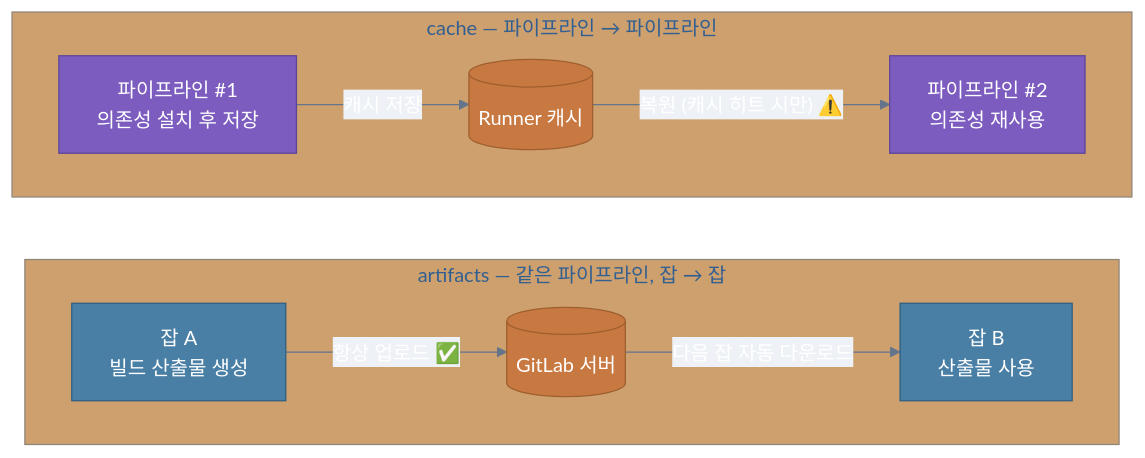
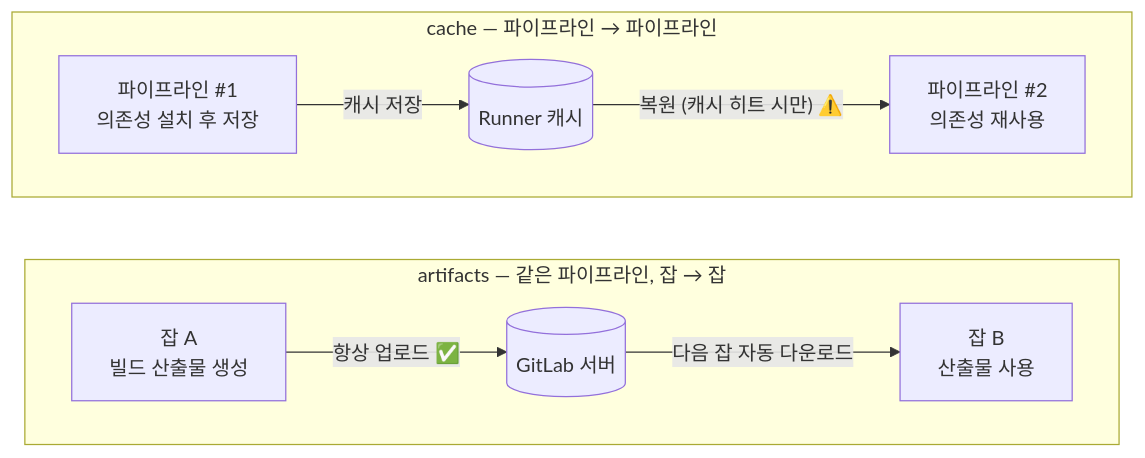
The seventh of 9 diagrams in posts/study/infra/gitlab-artifacts-vs-cache.md (Seobway23/Seobway23.github.io), drawn with Mermaid before and after one commit. The commit also changed other lines of this file and 21 other files, not shown here.

Commit message:
:sparkles: mermaid, code,inline edit

````diff
--- a/posts/study/infra/gitlab-artifacts-vs-cache.md
+++ b/posts/study/infra/gitlab-artifacts-vs-cache.md
@@ -383,23 +355,18 @@
 ```mermaid
-%%{init: {'theme': 'base', 'themeVariables': {'primaryColor': '#5b8ec7', 'primaryTextColor': '#fff', 'primaryBorderColor': '#3d6fa5', 'lineColor': '#64748b', 'edgeLabelBackground': '#eef2f7'}}}%%
+%% desc: artifacts vs cache 흐름 비교 — 같은 파이프라인(artifacts) vs 파이프라인 간(cache)
 flowchart LR
     subgraph ART["artifacts — 같은 파이프라인, 잡 → 잡"]
         direction LR
         A1["잡 A\n빌드 산출물 생성"] -->|"항상 업로드 ✅"| AGL[("GitLab 서버")]
         AGL -->|"다음 잡 자동 다운로드"| A2["잡 B\n산출물 사용"]
     end
 
     subgraph CAC["cache — 파이프라인 → 파이프라인"]
         direction LR
         C1["파이프라인 #1\n의존성 설치 후 저장"] -->|"캐시 저장"| CRS[("Runner 캐시")]
         CRS -->|"복원 (캐시 히트 시만) ⚠️"| C2["파이프라인 #2\n의존성 재사용"]
     end
 
-    classDef art fill:#4a7fa5,stroke:#2d5e82,color:#fff
-    classDef cache_c fill:#7c5cbf,stroke:#5d449a,color:#fff
-    classDef store fill:#c87941,stroke:#9e5e2e,color:#fff
 
-    class A1,A2 art
-    class C1,C2 cache_c
-    class AGL,CRS store
+
 ```
````
